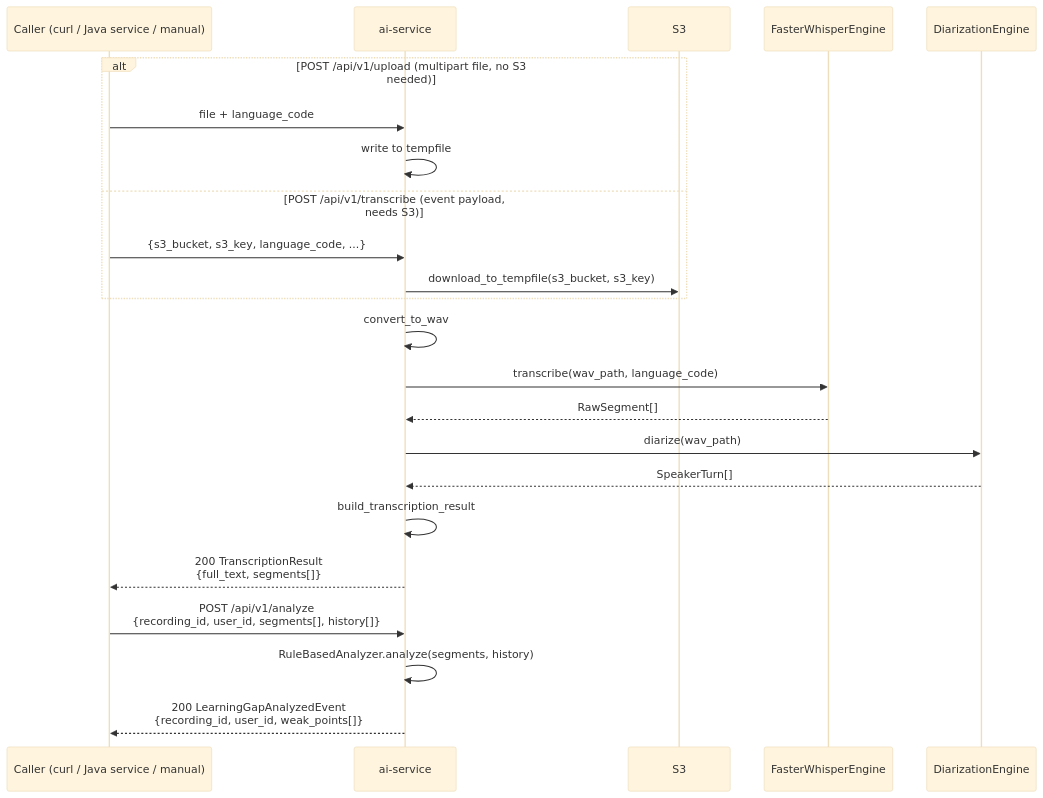
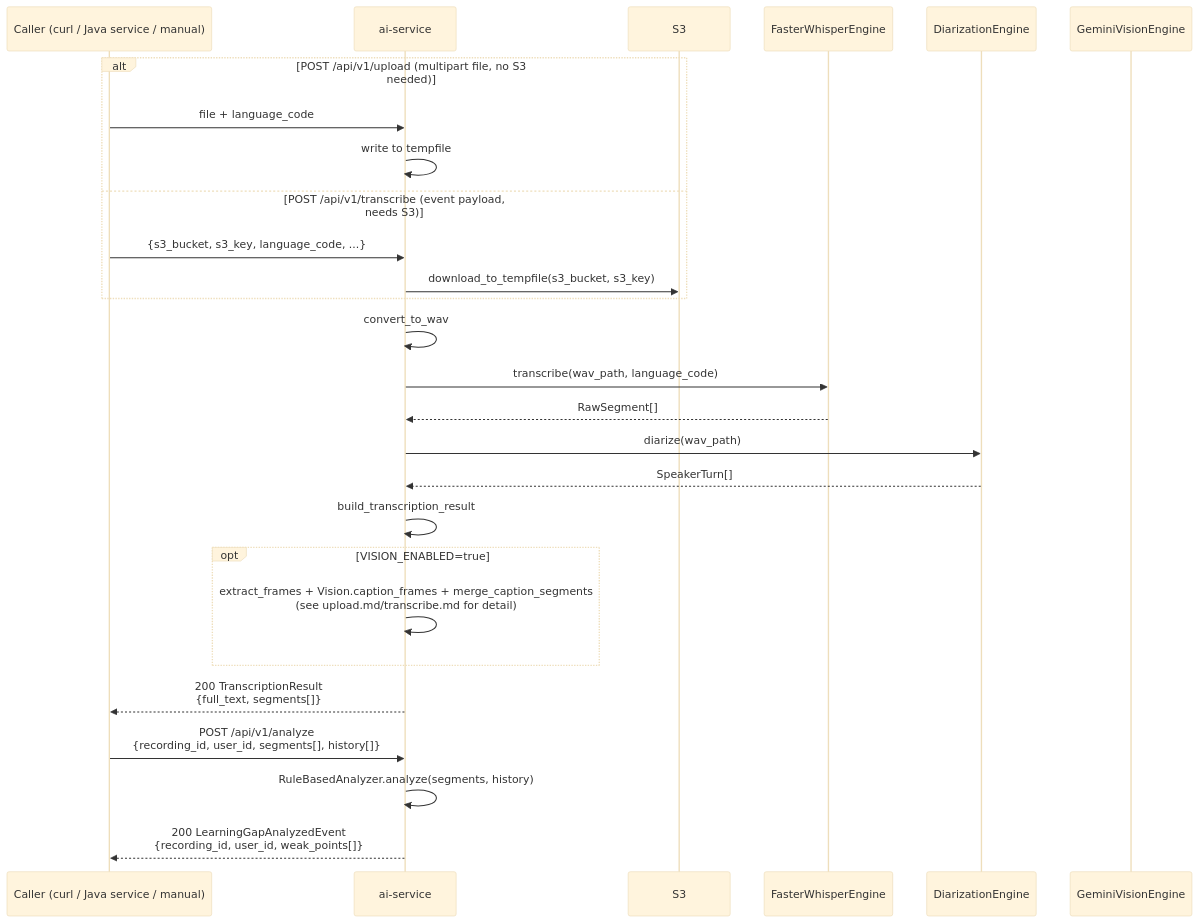
Before and after one commit to CuongNguyen13/RemeLearning: the second of 2 diagrams in docs/sequence/Ai_service/overview.md, drawn with Mermaid. The commit also changed other lines of this file and 173 other files, not shown here.

````diff
--- a/docs/sequence/Ai_service/overview.md
+++ b/docs/sequence/Ai_service/overview.md
@@ -60,33 +69,39 @@
 ```mermaid
 ---
 config:
   theme: base
   themeVariables:
     background: '#ffffff'
 ---
 sequenceDiagram
     participant Caller as Caller (curl / Java service / manual)
     participant AI as ai-service
     participant S3
     participant Whisper as FasterWhisperEngine
     participant Diar as DiarizationEngine
+    participant Vision as GeminiVisionEngine
 
     alt POST /api/v1/upload (multipart file, no S3 needed)
         Caller->>AI: file + language_code
         AI->>AI: write to tempfile
     else POST /api/v1/transcribe (event payload, needs S3)
         Caller->>AI: {s3_bucket, s3_key, language_code, ...}
         AI->>S3: download_to_tempfile(s3_bucket, s3_key)
     end
     AI->>AI: convert_to_wav
     AI->>Whisper: transcribe(wav_path, language_code)
     Whisper-->>AI: RawSegment[]
     AI->>Diar: diarize(wav_path)
     Diar-->>AI: SpeakerTurn[]
     AI->>AI: build_transcription_result
+
+    opt VISION_ENABLED=true
+        AI->>AI: extract_frames + Vision.caption_frames + merge_caption_segments<br/>(see upload.md/transcribe.md for detail)
+    end
+
     AI-->>Caller: 200 TranscriptionResult<br/>{full_text, segments[]}
 
     Caller->>AI: POST /api/v1/analyze<br/>{recording_id, user_id, segments[], history[]}
     AI->>AI: RuleBasedAnalyzer.analyze(segments, history)
     AI-->>Caller: 200 LearningGapAnalyzedEvent<br/>{recording_id, user_id, weak_points[]}
 ```
````
